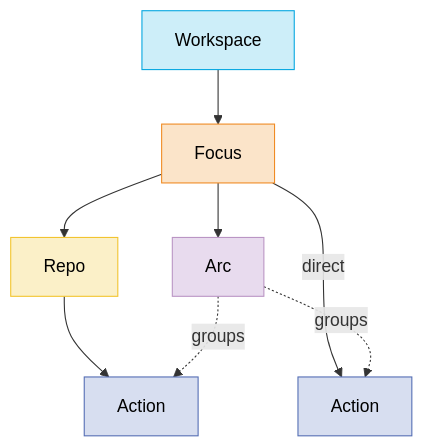
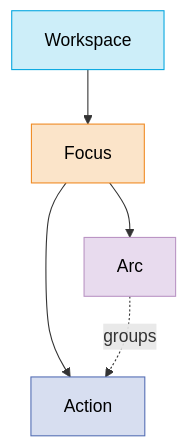
One commit to bryankennedy/progress changed the diagram in docs/REFERENCE.md. Above: the diagram before and after it, drawn with Mermaid. The commit also changed other lines of this file and 3 other files, not shown here.

````diff
--- a/docs/REFERENCE.md
+++ b/docs/REFERENCE.md
@@ -37,22 +37,17 @@
 ```mermaid
 graph TD
     W["Workspace"] --> F["Focus"]
-    F --> R1["Repo"]
     F --> A["Arc"]
-    F -->|direct| X1["Action"]
-    R1 --> X2["Action"]
+    F --> X1["Action"]
     A -.groups.-> X1
-    A -.groups.-> X2
 
     classDef workspace fill:#CDEEF9,stroke:#06A7E0,color:#000
     classDef focus fill:#FBE4C9,stroke:#F08B23,color:#000
-    classDef repo fill:#FBF0C8,stroke:#F2C42E,color:#000
     classDef arc fill:#E8DBEE,stroke:#BA94C4,color:#000
     classDef action fill:#D7DEF0,stroke:#546EB4,color:#000
 
     class W workspace
     class F focus
-    class R1 repo
     class A arc
-    class X1,X2 action
+    class X1 action
 ```
````
